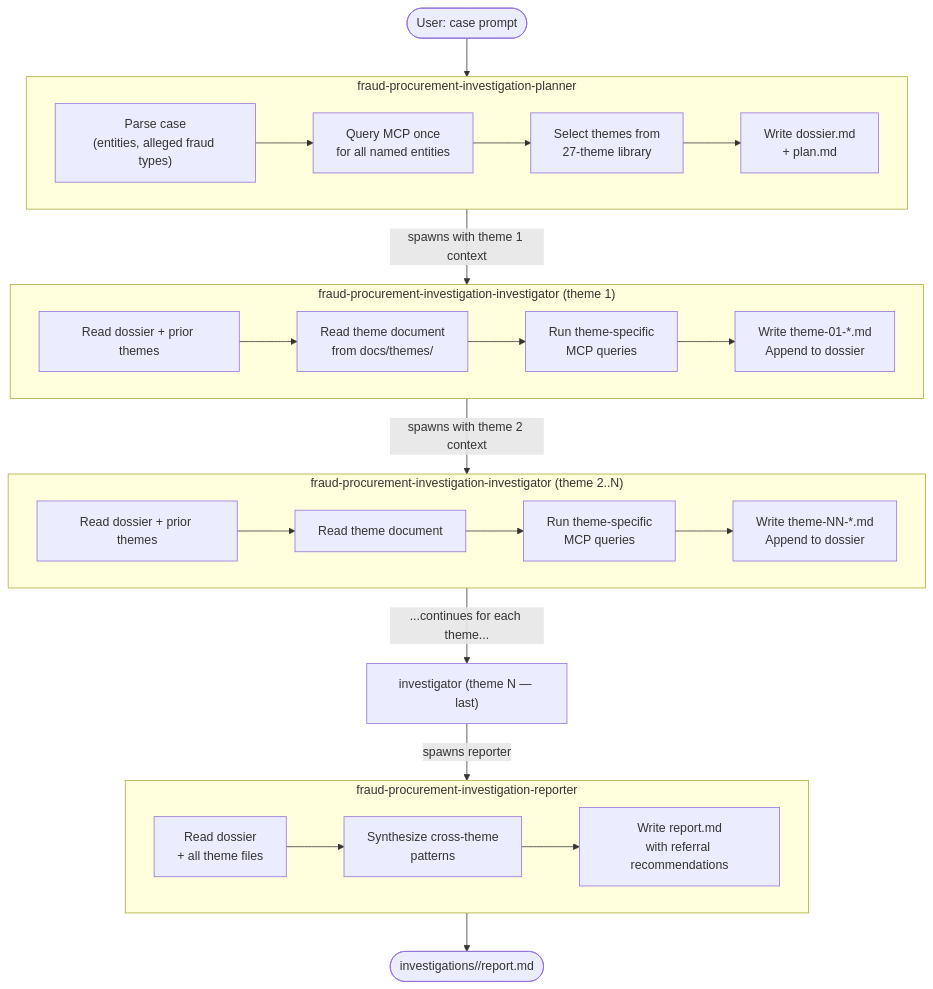
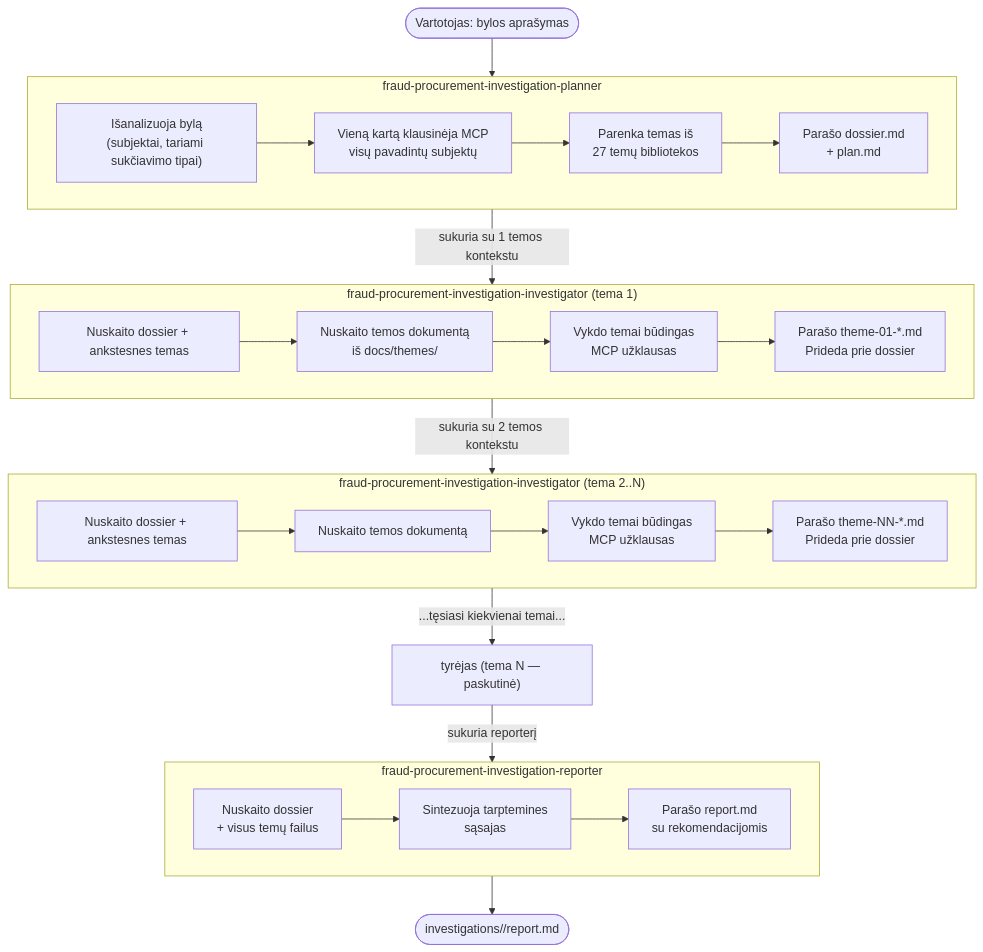
Before and after one commit to Viespirkiu-grupe/Tyras: the diagram in README.md, drawn with Mermaid. The commit also changed other lines of this file, not shown here.

````diff
--- a/README.md
+++ b/README.md
@@ -64,44 +68,44 @@
 ```mermaid
 flowchart TD
-    User(["User: case prompt"]) --> Planner
+    User(["Vartotojas: bylos aprašymas"]) --> Planner
 
     subgraph Planner["fraud-procurement-investigation-planner"]
-        P1["Parse case\n(entities, alleged fraud types)"]
-        P2["Query MCP once\nfor all named entities"]
-        P3["Select themes from\n27-theme library"]
-        P4["Write dossier.md\n+ plan.md"]
+        P1["Išanalizuoja bylą\n(subjektai, tariami sukčiavimo tipai)"]
+        P2["Vieną kartą klausinėja MCP\nvisų pavadintų subjektų"]
+        P3["Parenka temas iš\n27 temų bibliotekos"]
+        P4["Parašo dossier.md\n+ plan.md"]
         P1 --> P2 --> P3 --> P4
     end
 
-    Planner -->|" spawns with theme 1 context "| Inv1
+    Planner -->|" sukuria su 1 temos kontekstu "| Inv1
 
-    subgraph Inv1["fraud-procurement-investigation-investigator (theme 1)"]
-        I1a["Read dossier + prior themes"]
-        I1b["Read theme document\nfrom docs/themes/"]
-        I1c["Run theme-specific\nMCP queries"]
-        I1d["Write theme-01-*.md\nAppend to dossier"]
+    subgraph Inv1["fraud-procurement-investigation-investigator (tema 1)"]
+        I1a["Nuskaito dossier + ankstesnes temas"]
+        I1b["Nuskaito temos dokumentą\niš docs/themes/"]
+        I1c["Vykdo temai būdingas\nMCP užklausas"]
+        I1d["Parašo theme-01-*.md\nPrideda prie dossier"]
         I1a --> I1b --> I1c --> I1d
     end
 
-    Inv1 -->|" spawns with theme 2 context "| Inv2
+    Inv1 -->|" sukuria su 2 temos kontekstu "| Inv2
 
-    subgraph Inv2["fraud-procurement-investigation-investigator (theme 2..N)"]
-        I2a["Read dossier + prior themes"]
-        I2b["Read theme document"]
-        I2c["Run theme-specific\nMCP queries"]
-        I2d["Write theme-NN-*.md\nAppend to dossier"]
+    subgraph Inv2["fraud-procurement-investigation-investigator (tema 2..N)"]
+        I2a["Nuskaito dossier + ankstesnes temas"]
+        I2b["Nuskaito temos dokumentą"]
+        I2c["Vykdo temai būdingas\nMCP užklausas"]
+        I2d["Parašo theme-NN-*.md\nPrideda prie dossier"]
         I2a --> I2b --> I2c --> I2d
     end
 
-    Inv2 -->|" ...continues for each theme... "| InvN["investigator (theme N — last)"]
-    InvN -->|" spawns reporter "| Reporter
+    Inv2 -->|" ...tęsiasi kiekvienai temai... "| InvN["tyrėjas (tema N — paskutinė)"]
+    InvN -->|" sukuria reporterį "| Reporter
 
     subgraph Reporter["fraud-procurement-investigation-reporter"]
-        R1["Read dossier\n+ all theme files"]
-        R2["Synthesize cross-theme\npatterns"]
-        R3["Write report.md\nwith referral recommendations"]
+        R1["Nuskaito dossier\n+ visus temų failus"]
+        R2["Sintezuoja tarptemines\nsąsajas"]
+        R3["Parašo report.md\nsu rekomendacijomis"]
         R1 --> R2 --> R3
     end
 
     Reporter --> Output(["investigations/<case-id>/report.md"])
 ```
````
